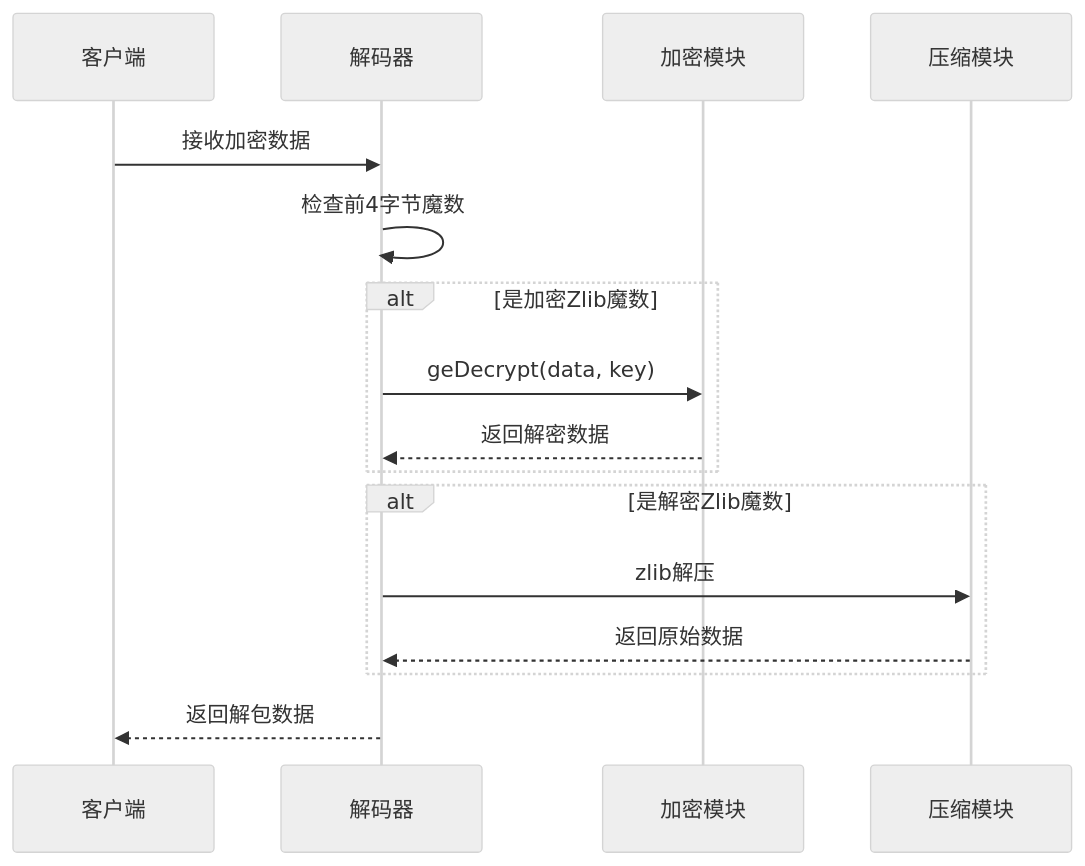
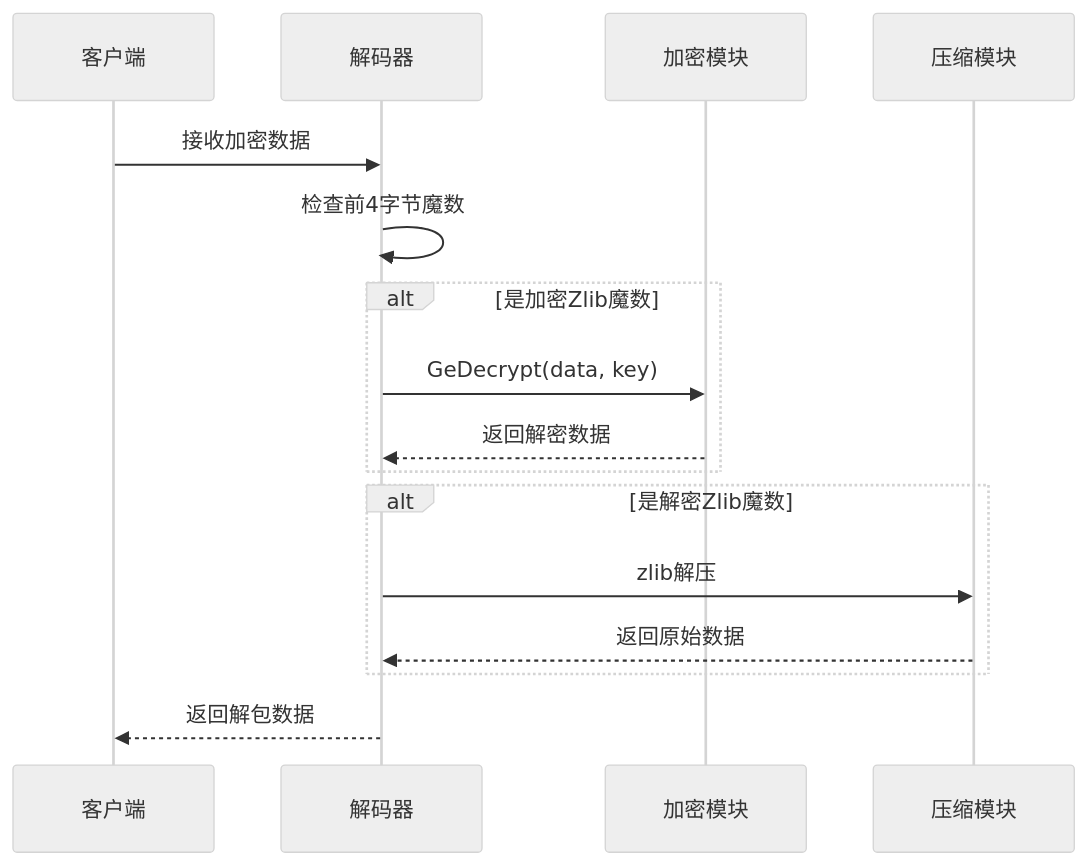
One commit to vistone/crawler-platform changed the third of 10 diagrams in .qoder/repowiki/zh/content/核心功能/Google Earth 加密解密.md. Above: the diagram before and after it, drawn with Mermaid (neutral theme). The commit also changed other lines of this file and 40 other files, not shown here.

````diff
--- a/.qoder/repowiki/zh/content/核心功能/Google Earth 加密解密.md
+++ b/.qoder/repowiki/zh/content/核心功能/Google Earth 加密解密.md
@@ -140,18 +163,18 @@
 ```mermaid
 sequenceDiagram
 participant Client as 客户端
 participant Decoder as 解码器
 participant Crypto as 加密模块
 participant Compress as 压缩模块
 Client->>Decoder : 接收加密数据
 Decoder->>Decoder : 检查前4字节魔数
 alt 是加密Zlib魔数
-Decoder->>Crypto : geDecrypt(data, key)
+Decoder->>Crypto : GeDecrypt(data, key)
 Crypto-->>Decoder : 返回解密数据
 end
 alt 是解密Zlib魔数
 Decoder->>Compress : zlib解压
 Compress-->>Decoder : 返回原始数据
 end
 Decoder-->>Client : 返回解包数据
 ```
````
